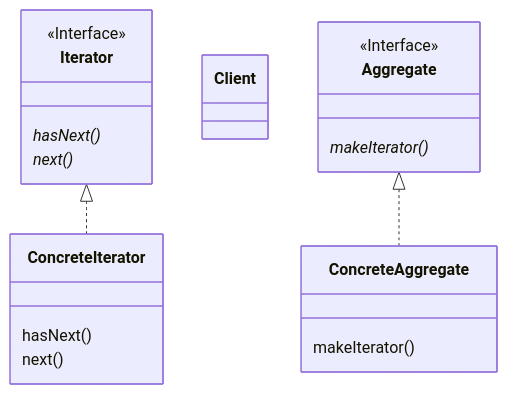
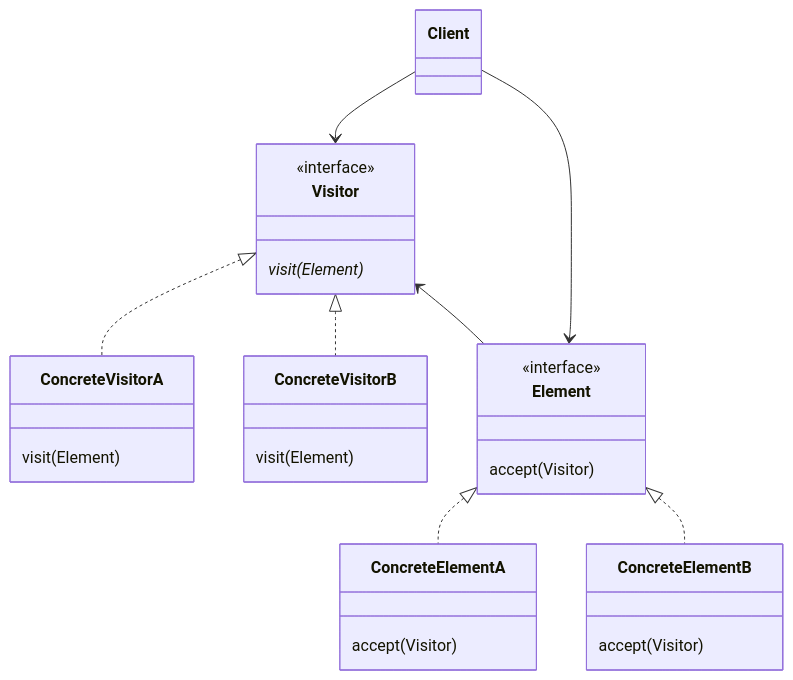
Before and after one commit to bloodstrawberry/auto-test: the diagram in mermaid/ClassDiagram.md, drawn with Mermaid. The commit also changed other lines of this file, not shown here.

````diff
--- a/mermaid/ClassDiagram.md
+++ b/mermaid/ClassDiagram.md
@@ -42,26 +2,33 @@
 ```mermaid
   classDiagram    
-    class Iterator { 
-      hasNext()*
-      next()*
+    class Visitor {
+      visit(Element)*
+    }    
+    class ConcreteVisitorA {
+      visit(Element)
     }
-    class ConcreteIterator { 
-      hasNext()
-      next()
+    class ConcreteVisitorB {
+      visit(Element)   
     }
-    class Client {
+    class Element {
+      accept(Visitor) 
     }
-    class Aggregate {
-      makeIterator()*
+    class ConcreteElementA {
+      accept(Visitor)
     }
-    class ConcreteAggregate {
-      makeIterator()
+    class ConcreteElementB {
+      accept(Visitor)   
     }
 
-    <<Interface>> Iterator
-    <<Interface>> Aggregate
+    <<interface>> Visitor
+    <<interface>> Element
     
-    Iterator <|.. ConcreteIterator
-    Aggregate <|.. ConcreteAggregate
+    Client --> Visitor
+    Client --> Element
     
+    Visitor <|.. ConcreteVisitorA
+    Visitor <|.. ConcreteVisitorB 
+    Visitor <-- Element 
+    Element <|.. ConcreteElementA
+    Element <|.. ConcreteElementB     
 ```
````
